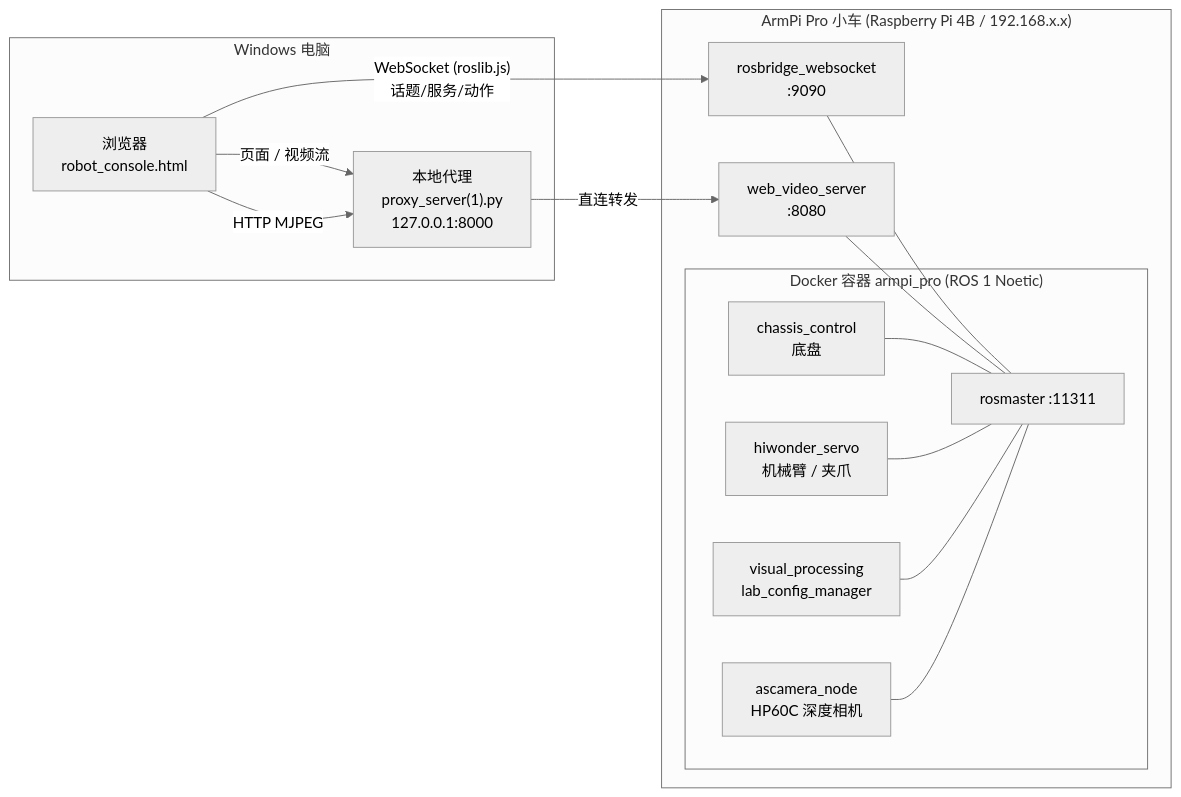
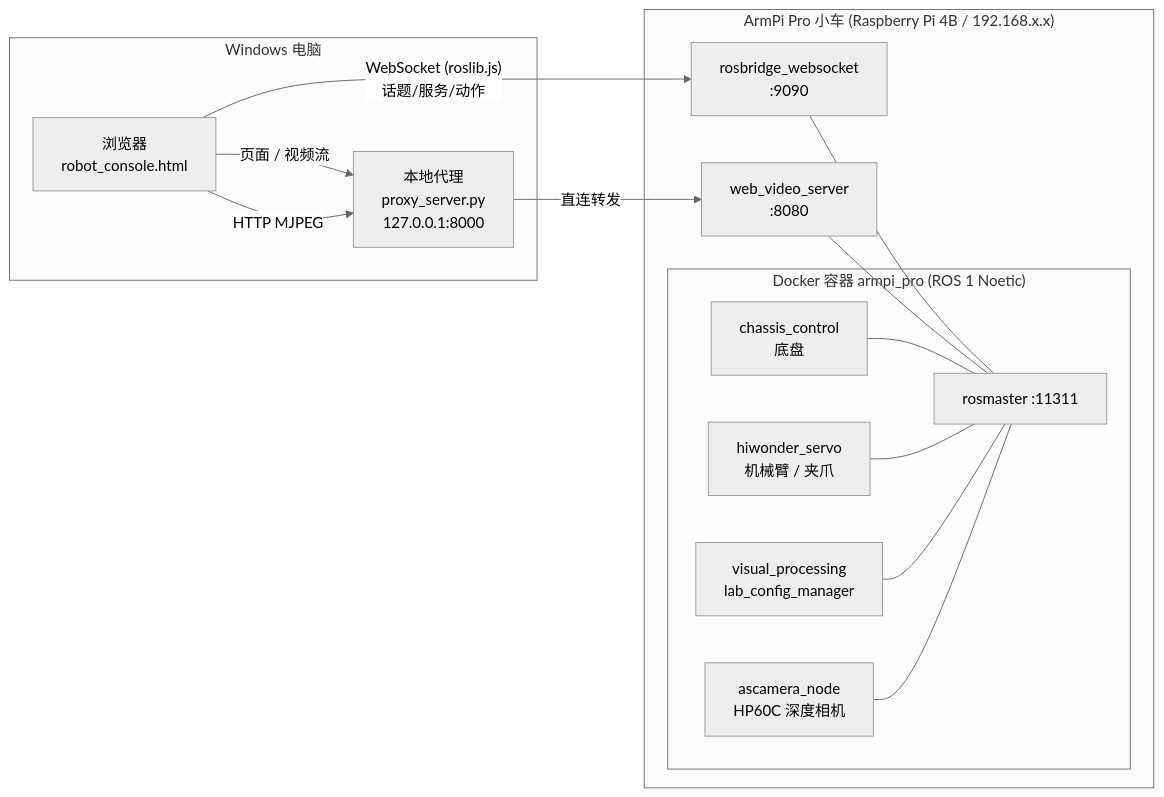
One commit to sususu123545/Many-Robot-Work-Together changed the diagram in README.md. Above: the diagram before and after it, drawn with Mermaid (neutral theme). The commit also changed other lines of this file and 41 other files, not shown here.

First line of the commit message:
chore(web_console): 改名 proxy_server(1).py，并把控制台这一组改动入库

````diff
--- a/README.md
+++ b/README.md
@@ -93,30 +93,30 @@
 ```mermaid
 flowchart LR
     subgraph PC["Windows 电脑"]
         B["浏览器<br/>robot_console.html"]
-        P["本地代理<br/>proxy_server(1).py<br/>127.0.0.1:8000"]
+        P["本地代理<br/>proxy_server.py<br/>127.0.0.1:8000"]
         B -->|"页面 / 视频流"| P
     end
 
     subgraph CAR["ArmPi Pro 小车 (Raspberry Pi 4B / 192.168.x.x)"]
         RB["rosbridge_websocket<br/>:9090"]
         WV["web_video_server<br/>:8080"]
         subgraph DC["Docker 容器 armpi_pro (ROS 1 Noetic)"]
             RM["rosmaster :11311"]
             CH["chassis_control<br/>底盘"]
             SV["hiwonder_servo<br/>机械臂 / 夹爪"]
             VP["visual_processing<br/>lab_config_manager"]
             CA["ascamera_node<br/>HP60C 深度相机"]
         end
     end
 
     B -->|"WebSocket (roslib.js)<br/>话题/服务/动作"| RB
     B -->|"HTTP MJPEG"| P
     P -->|"直连转发"| WV
     RB --- RM
     WV --- RM
     CH --- RM
     SV --- RM
     VP --- RM
     CA --- RM
 ```
````
